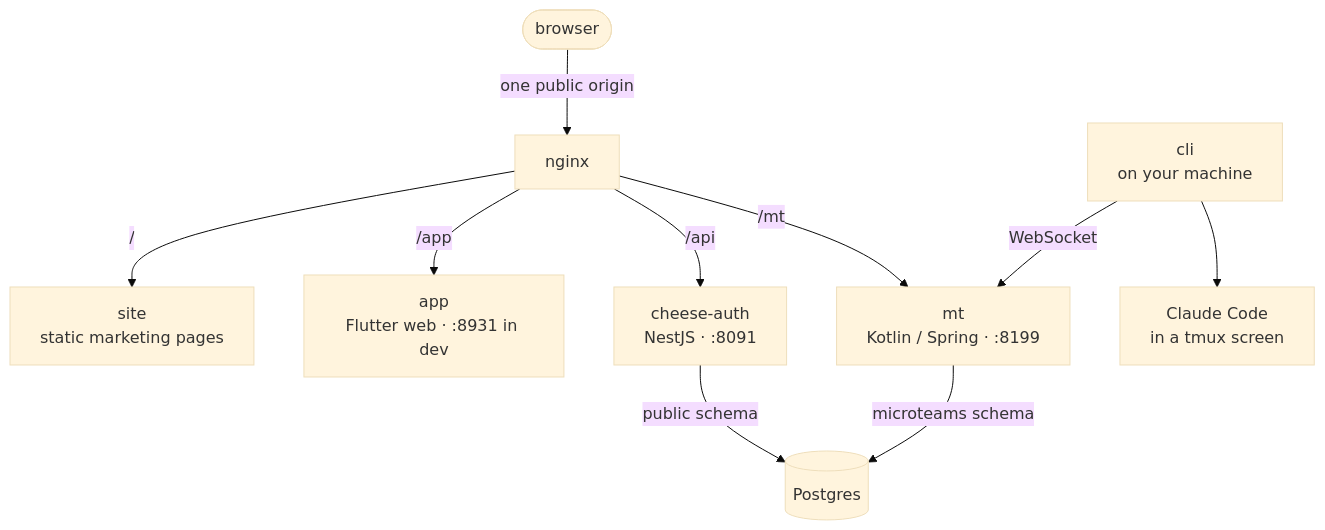
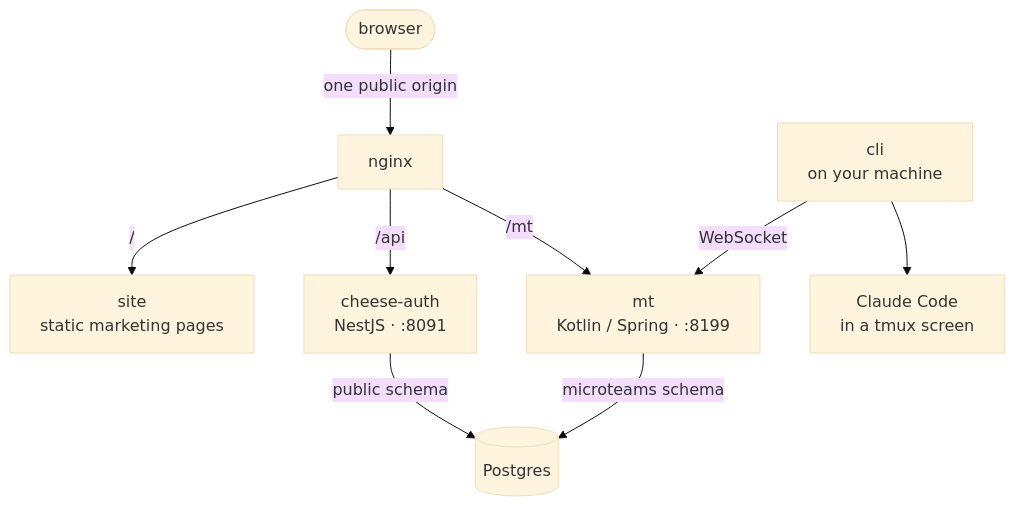
Before and after one commit to micro-teams/micro-teams: the diagram in README.md, drawn with Mermaid (base theme). The commit also changed other lines of this file and 221 other files, not shown here.

First line of the commit message:
app: remove the Flutter client

````diff
--- a/README.md
+++ b/README.md
@@ -83,12 +80,11 @@
 ```mermaid
 flowchart TD
     browser(["browser"]) -->|one public origin| nginx["nginx"]
     nginx -->|"/"| site["site<br/>static marketing pages"]
-    nginx -->|"/app"| app["app<br/>Flutter web · :8931 in dev"]
     nginx -->|"/api"| auth["cheese-auth<br/>NestJS · :8091"]
     nginx -->|"/mt"| mt["mt<br/>Kotlin / Spring · :8199"]
     cli["cli<br/>on your machine"] -->|WebSocket| mt
     cli --> claude["Claude Code<br/>in a tmux screen"]
     auth -->|public schema| pg[("Postgres")]
     mt -->|microteams schema| pg
 ```
````
